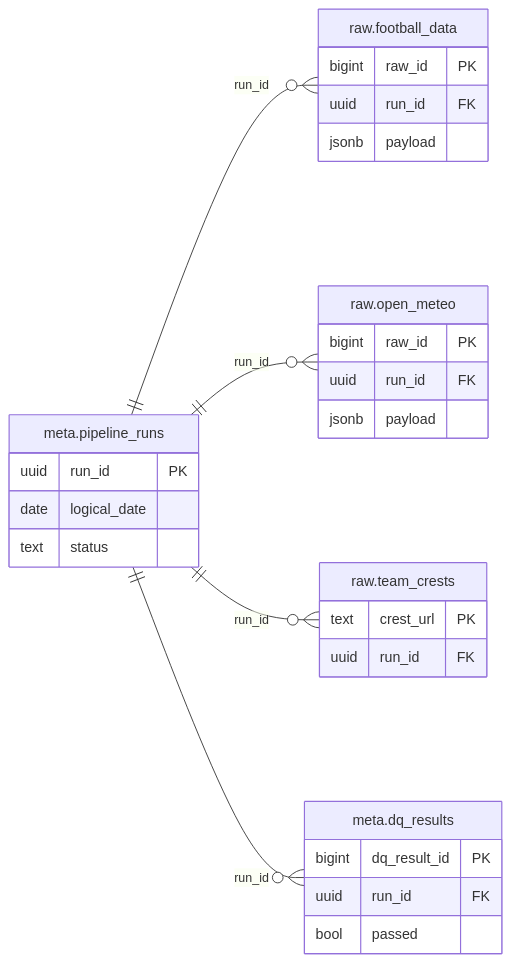
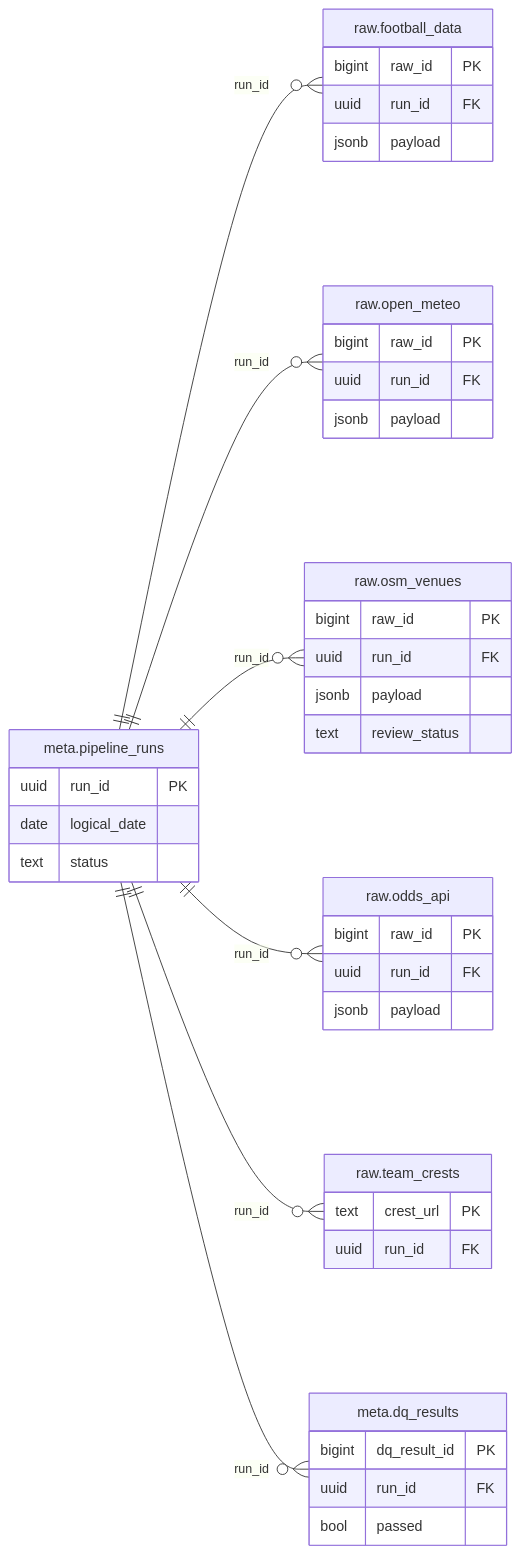
The second of 2 diagrams in README.md (Elias-Martinelli/deng), drawn with Mermaid before and after one commit. The commit also changed other lines of this file and 100 other files, not shown here.

````diff
--- a/README.md
+++ b/README.md
@@ -341,33 +410,46 @@
 ```mermaid
 erDiagram
     direction LR
     pipeline_runs["meta.pipeline_runs"] {
         uuid run_id PK
         date logical_date
         text status
     }
     dq_results["meta.dq_results"] {
         bigint dq_result_id PK
         uuid run_id FK
         bool passed
     }
     football_data["raw.football_data"] {
         bigint raw_id PK
         uuid run_id FK
         jsonb payload
     }
     open_meteo["raw.open_meteo"] {
         bigint raw_id PK
         uuid run_id FK
         jsonb payload
     }
+    osm_venues["raw.osm_venues"] {
+        bigint raw_id PK
+        uuid run_id FK
+        jsonb payload
+        text review_status
+    }
+    odds_api["raw.odds_api"] {
+        bigint raw_id PK
+        uuid run_id FK
+        jsonb payload
+    }
     team_crests["raw.team_crests"] {
         text crest_url PK
         uuid run_id FK
     }
 
     pipeline_runs ||--o{ football_data : "run_id"
     pipeline_runs ||--o{ open_meteo : "run_id"
+    pipeline_runs ||--o{ osm_venues : "run_id"
+    pipeline_runs ||--o{ odds_api : "run_id"
     pipeline_runs ||--o{ team_crests : "run_id"
     pipeline_runs ||--o{ dq_results : "run_id"
 ```
````
